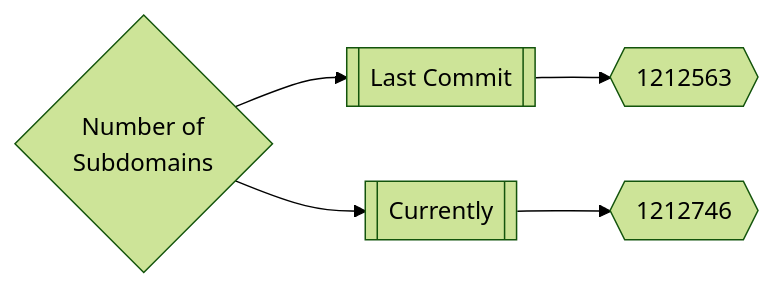
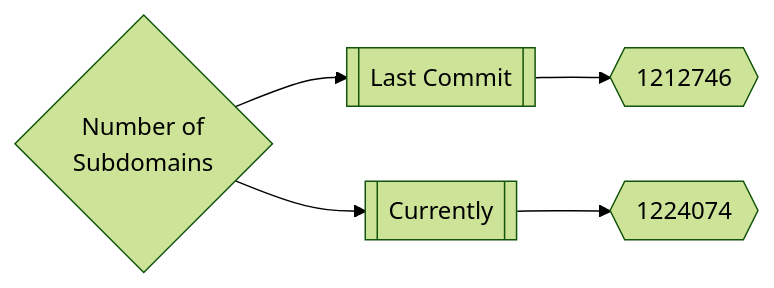
One commit to trickest/inventory changed the first of 3 diagrams in README.md. Above: the diagram before and after it, drawn with Mermaid (forest theme). The commit also changed other lines of this file, not shown here.

Commit message:
Update Sun Apr  3 22:07:52 UTC 2022

````diff
--- a/README.md
+++ b/README.md
@@ -165,5 +165,5 @@
 ```mermaid
 graph LR
-title{Number of<br>Subdomains} --> subdomainsDate1[[Last Commit]] --> subdomainsNum1{{1212563}}
-title --> subdomainsDate2[[Currently]] --> subdomainsNum2{{1212746}}
+title{Number of<br>Subdomains} --> subdomainsDate1[[Last Commit]] --> subdomainsNum1{{1212746}}
+title --> subdomainsDate2[[Currently]] --> subdomainsNum2{{1224074}}
 ```
````
